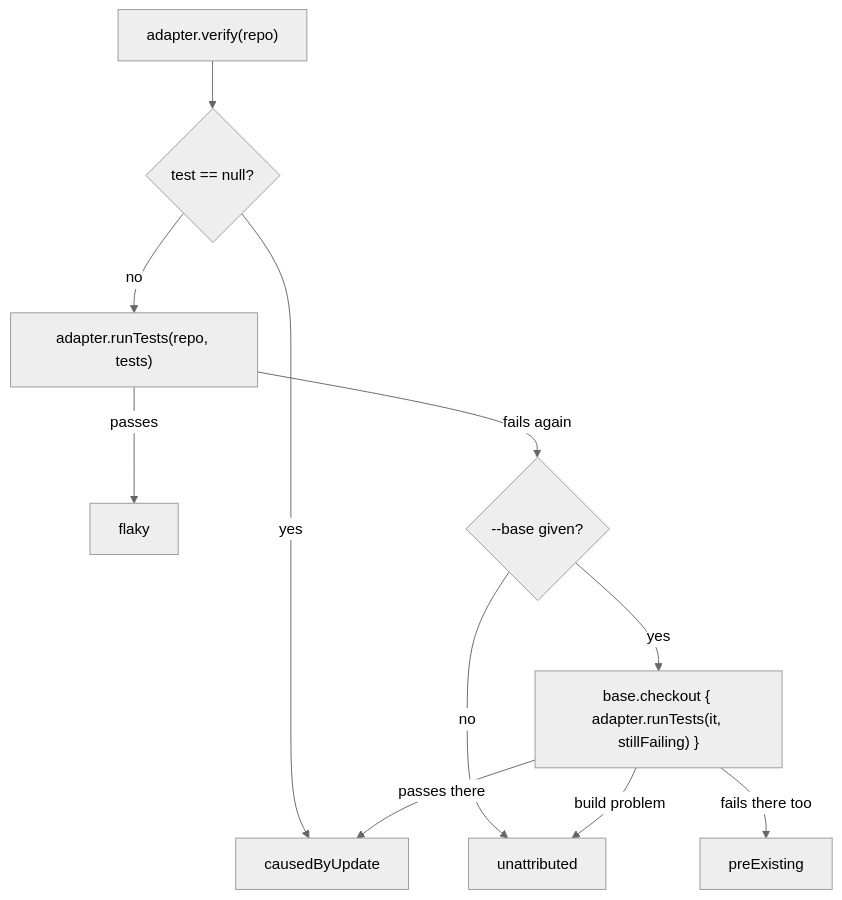
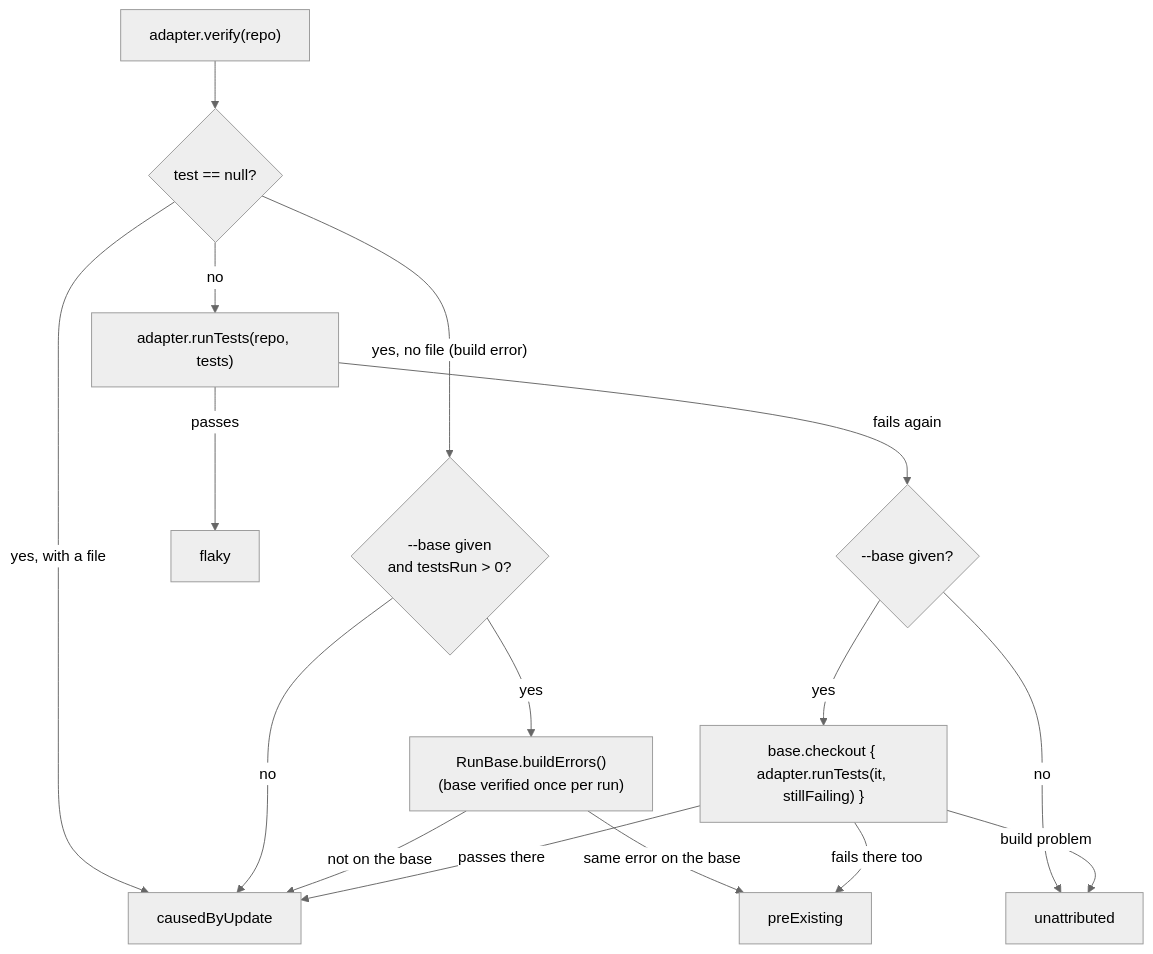
The third of 4 diagrams in docs/architecture/verify-pipeline.md (danvan86/lector-ai), drawn with Mermaid (neutral theme) before and after one commit. The commit also changed other lines of this file and 70 other files, not shown here.

````diff
--- a/docs/architecture/verify-pipeline.md
+++ b/docs/architecture/verify-pipeline.md
@@ -71,13 +72,18 @@
 ```mermaid
 flowchart TB
     verify["adapter.verify(repo)"] --> split{"test == null?"}
-    split -- yes --> caused["causedByUpdate"]
+    split -- "yes, with a file" --> caused["causedByUpdate"]
+    split -- "yes, no file (build error)" --> ran{"--base given<br/>and testsRun > 0?"}
+    ran -- no --> caused
+    ran -- yes --> runbase["RunBase.buildErrors()<br/>(base verified once per run)"]
+    runbase -- same error on the base --> pre
+    runbase -- not on the base --> caused
     split -- no --> rerun["adapter.runTests(repo, tests)"]
     rerun -- passes --> flaky["flaky"]
     rerun -- fails again --> hasBase{"--base given?"}
     hasBase -- no --> unattributed["unattributed"]
     hasBase -- yes --> base["base.checkout { adapter.runTests(it, stillFailing) }"]
     base -- fails there too --> pre["preExisting"]
     base -- passes there --> caused
     base -- build problem --> unattributed
 ```
````
